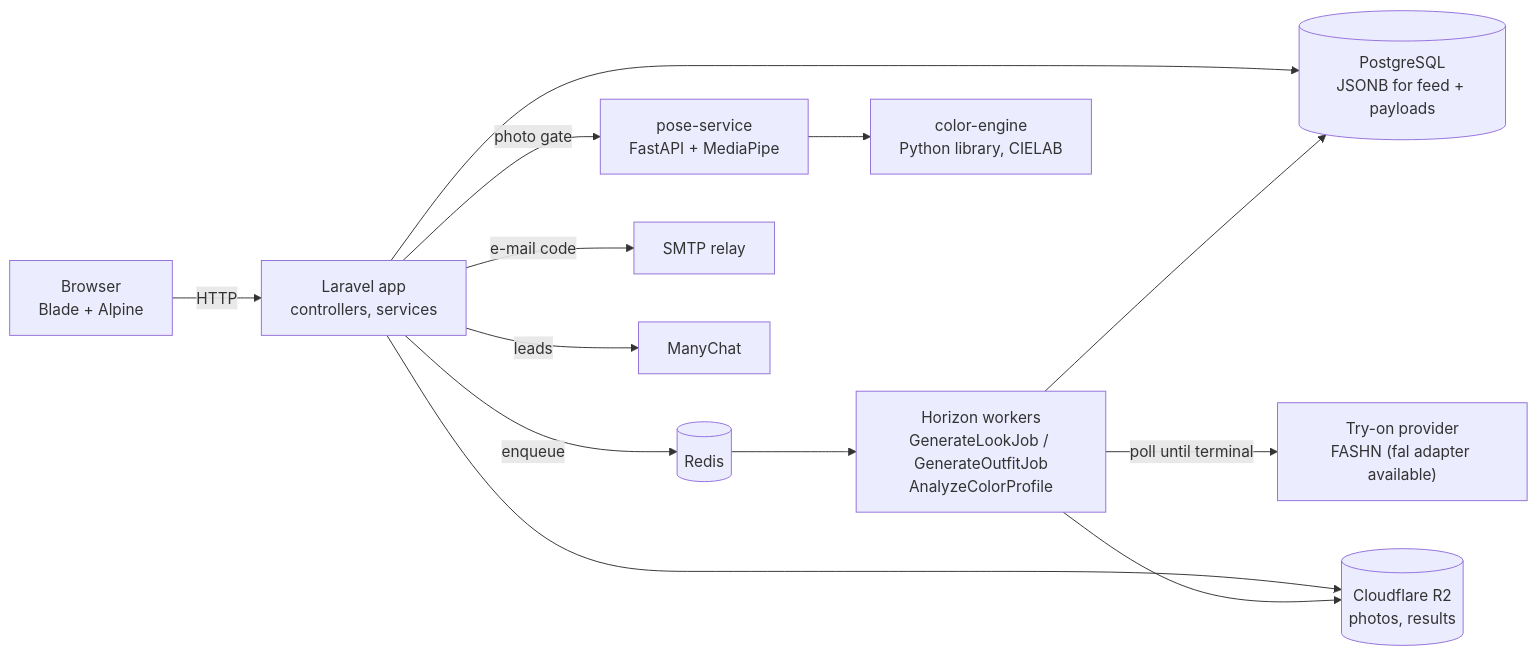
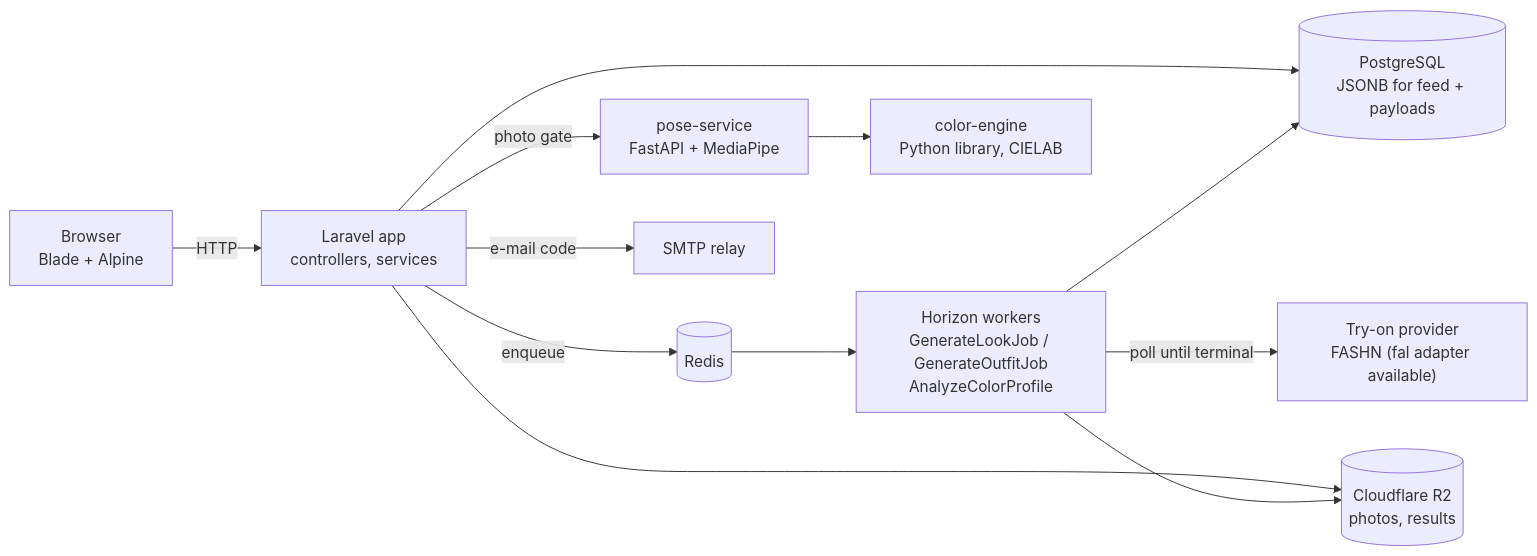
One commit to HChinasky/atelier-fit changed the diagram in README.md. Above: the diagram before and after it, drawn with Mermaid. The commit also changed other lines of this file and 1 other file, not shown here.

````diff
--- a/README.md
+++ b/README.md
@@ -15,15 +13,14 @@
 ```mermaid
 flowchart LR
     Browser["Browser<br/>Blade + Alpine"] -->|HTTP| Laravel["Laravel app<br/>controllers, services"]
     Laravel -->|enqueue| Redis[("Redis")]
     Redis --> Horizon["Horizon workers<br/>GenerateLookJob / GenerateOutfitJob<br/>AnalyzeColorProfile"]
     Laravel --> PG[("PostgreSQL<br/>JSONB for feed + payloads")]
     Horizon --> PG
     Laravel -->|photo gate| Pose["pose-service<br/>FastAPI + MediaPipe"]
     Pose --> Engine["color-engine<br/>Python library, CIELAB"]
     Horizon -->|poll until terminal| Provider["Try-on provider<br/>FASHN (fal adapter available)"]
     Laravel --> R2[("Cloudflare R2<br/>photos, results")]
     Horizon --> R2
     Laravel -->|e-mail code| Mail["SMTP relay"]
-    Laravel -->|leads| ManyChat["ManyChat"]
 ```
````
